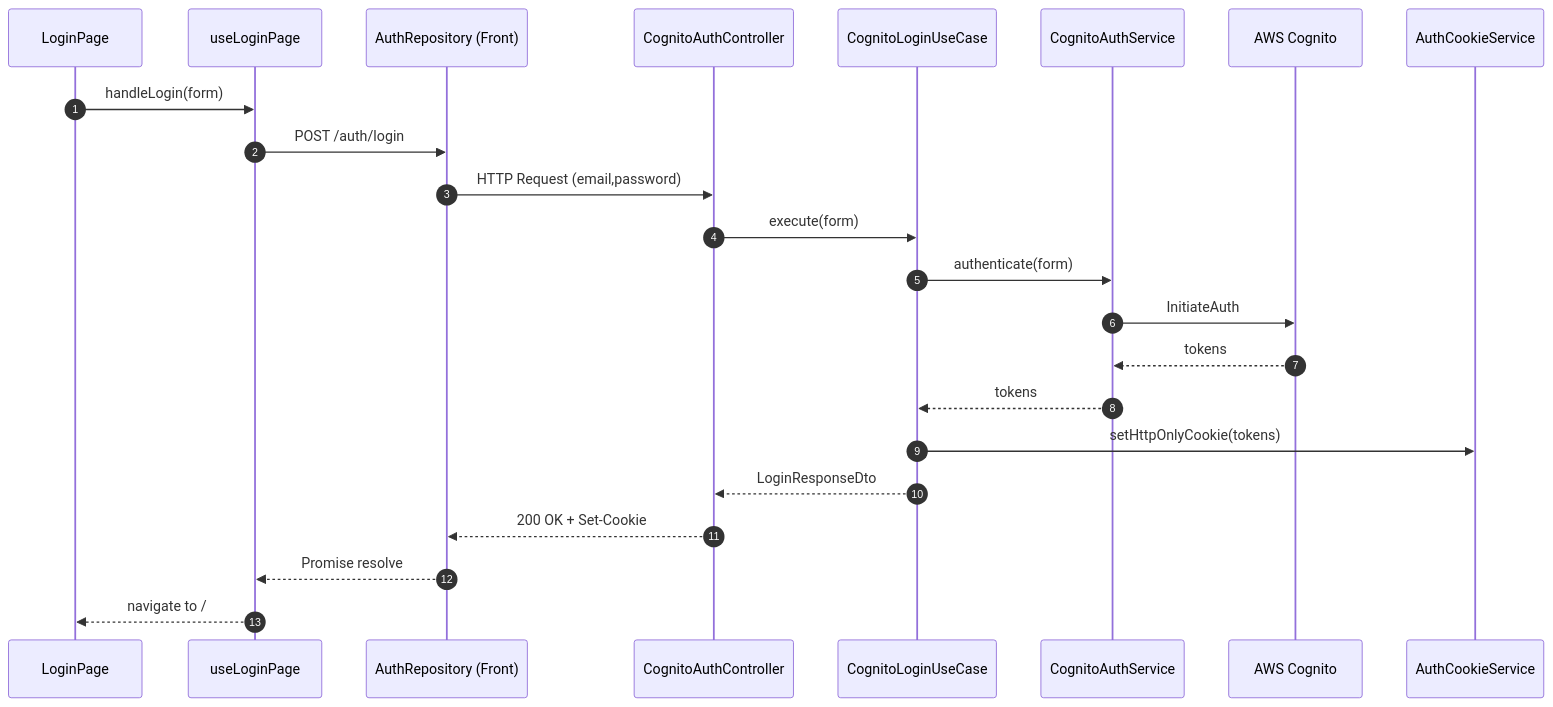
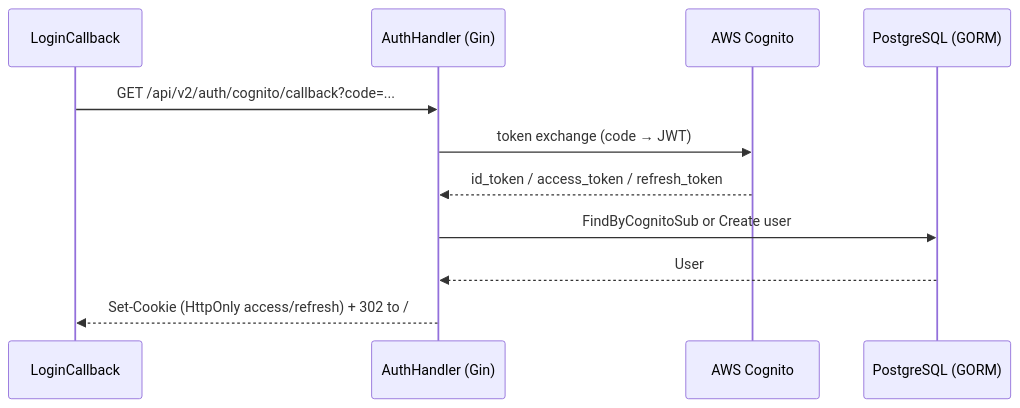
The fifth of 5 diagrams in docs/ARCHITECTURE.md (norman6464/FreStyle), drawn with Mermaid before and after one commit. The commit also changed other lines of this file, not shown here.

First line of the commit message:
docs: ARCHITECTURE.md を Go (Gin + GORM) ターゲット中心に書き換え (#1524)

````diff
--- a/docs/ARCHITECTURE.md
+++ b/docs/ARCHITECTURE.md
@@ -379,26 +263,14 @@
 ```mermaid
 sequenceDiagram
-    autonumber
-    participant FE as LoginPage
-    participant Hook as useLoginPage
-    participant Repo as AuthRepository (Front)
-    participant Ctrl as CognitoAuthController
-    participant UC as CognitoLoginUseCase
-    participant Svc as CognitoAuthService
+    participant FE as LoginCallback
+    participant H as AuthHandler (Gin)
     participant Cog as AWS Cognito
-    participant Cookie as AuthCookieService
+    participant DB as PostgreSQL (GORM)
 
-    FE->>Hook: handleLogin(form)
-    Hook->>Repo: POST /auth/login
-    Repo->>Ctrl: HTTP Request (email,password)
-    Ctrl->>UC: execute(form)
-    UC->>Svc: authenticate(form)
-    Svc->>Cog: InitiateAuth
-    Cog-->>Svc: tokens
-    Svc-->>UC: tokens
-    UC->>Cookie: setHttpOnlyCookie(tokens)
-    UC-->>Ctrl: LoginResponseDto
-    Ctrl-->>Repo: 200 OK + Set-Cookie
-    Repo-->>Hook: Promise resolve
-    Hook-->>FE: navigate to /
+    FE->>H: GET /api/v2/auth/cognito/callback?code=...
+    H->>Cog: token exchange (code → JWT)
+    Cog-->>H: id_token / access_token / refresh_token
+    H->>DB: FindByCognitoSub or Create user
+    DB-->>H: User
+    H-->>FE: Set-Cookie (HttpOnly access/refresh) + 302 to /
 ```
````
